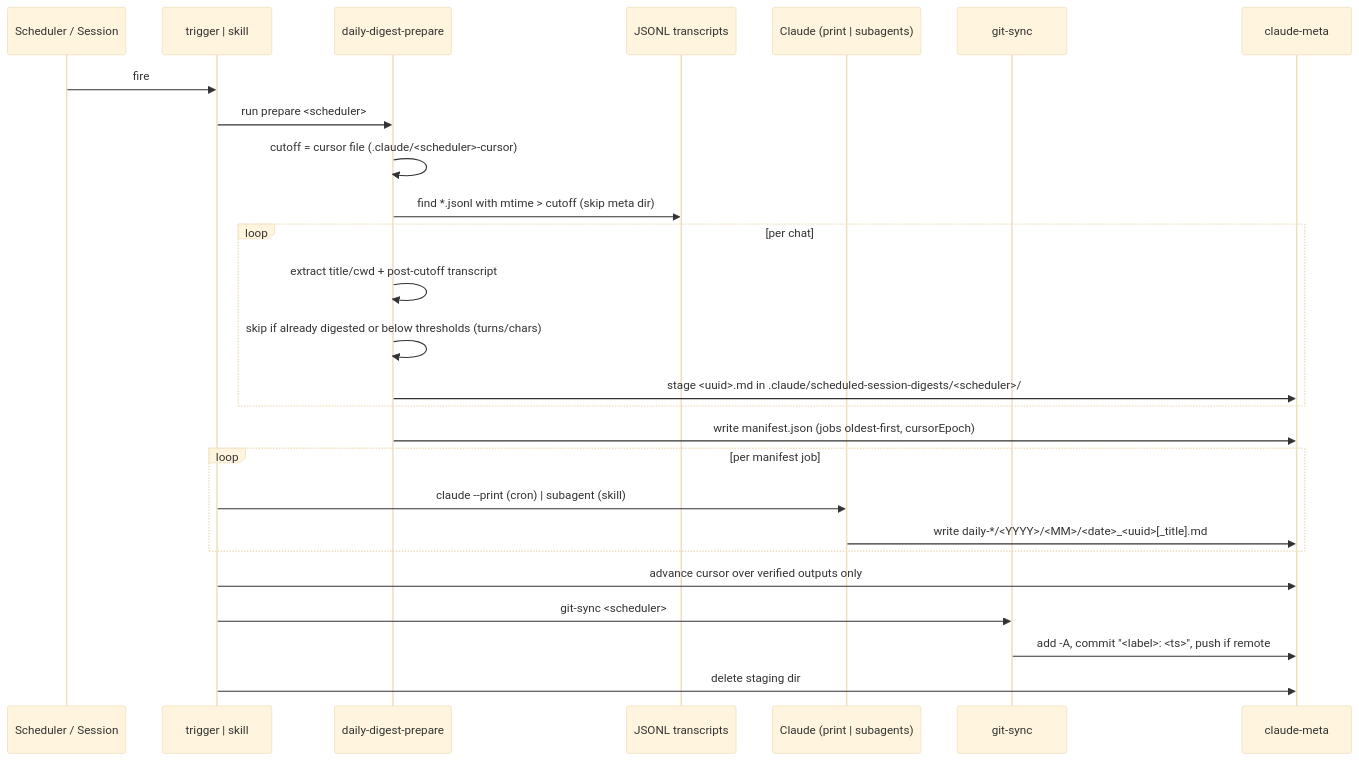
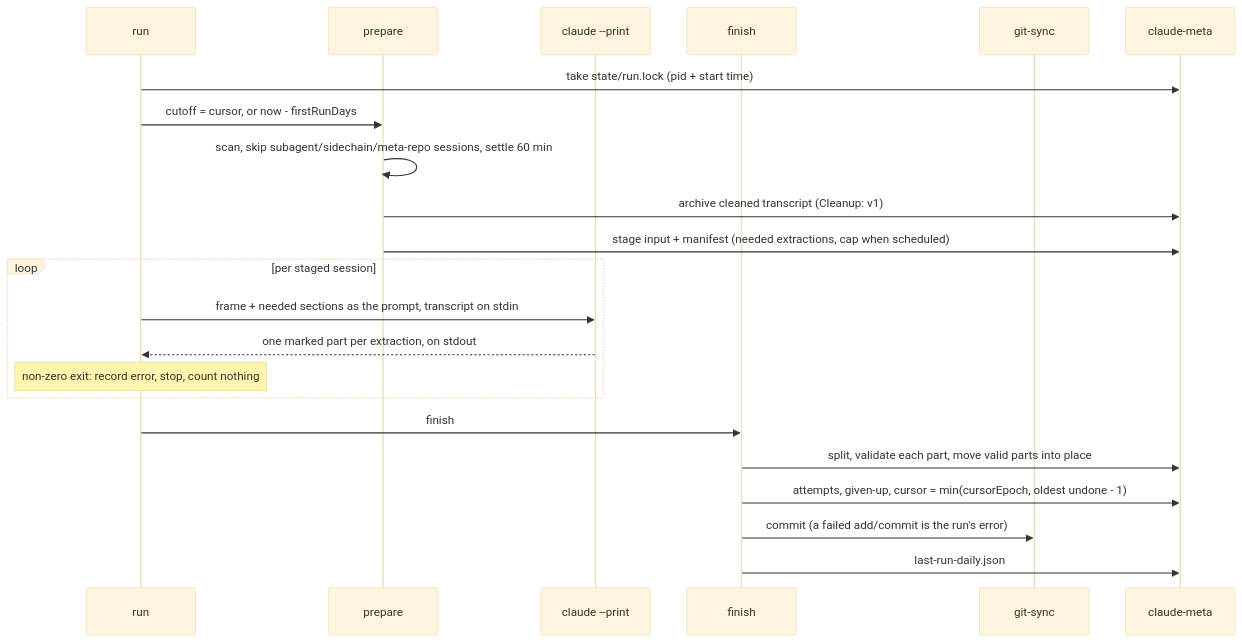
Before and after one commit to cheneeheng/claude-code-command-center: the third of 4 diagrams in tools/scheduled-session-digests/product/ARCHITECTURE.md, drawn with Mermaid (base theme). The commit also changed other lines of this file and 12 other files, not shown here.

First line of the commit message:
fix(scheduled-session-digests): fix live-run defects (rebuild phase 6)

````diff
--- a/tools/scheduled-session-digests/product/ARCHITECTURE.md
+++ b/tools/scheduled-session-digests/product/ARCHITECTURE.md
@@ -60,29 +42,25 @@
 ```mermaid
 sequenceDiagram
-    participant Sc as Scheduler / Session
-    participant T as trigger | skill
-    participant P as daily-digest-prepare
-    participant J as JSONL transcripts
-    participant CL as Claude (print | subagents)
+    participant R as run
+    participant P as prepare
+    participant C as claude --print
+    participant F as finish
     participant G as git-sync
     participant M as claude-meta
 
-    Sc->>T: fire
-    T->>P: run prepare <scheduler>
-    P->>P: cutoff = cursor file (.claude/<scheduler>-cursor)
-    P->>J: find *.jsonl with mtime > cutoff (skip meta dir)
-    loop per chat
-        P->>P: extract title/cwd + post-cutoff transcript
-        P->>P: skip if already digested or below thresholds (turns/chars)
-        P->>M: stage <uuid>.md in .claude/scheduled-session-digests/<scheduler>/
+    R->>M: take state/run.lock (pid + start time)
+    R->>P: cutoff = cursor, or now - firstRunDays
+    P->>P: scan, skip subagent/sidechain/meta-repo sessions, settle 60 min
+    P->>M: archive cleaned transcript (Cleanup: v1)
+    P->>M: stage input + manifest (needed extractions, cap when scheduled)
+    loop per staged session
+        R->>C: frame + needed sections as the prompt, transcript on stdin
+        C-->>R: one marked part per extraction, on stdout
+        Note over R: non-zero exit: record error, stop, count nothing
     end
-    P->>M: write manifest.json (jobs oldest-first, cursorEpoch)
-    loop per manifest job
-        T->>CL: claude --print (cron) | subagent (skill)
-        CL->>M: write daily-*/<YYYY>/<MM>/<date>_<uuid>[_title].md
-    end
-    T->>M: advance cursor over verified outputs only
-    T->>G: git-sync <scheduler>
-    G->>M: add -A, commit "<label>: <ts>", push if remote
-    T->>M: delete staging dir
+    R->>F: finish
+    F->>M: split, validate each part, move valid parts into place
+    F->>M: attempts, given-up, cursor = min(cursorEpoch, oldest undone - 1)
+    F->>G: commit (a failed add/commit is the run's error)
+    F->>M: last-run-daily.json
 ```
````
